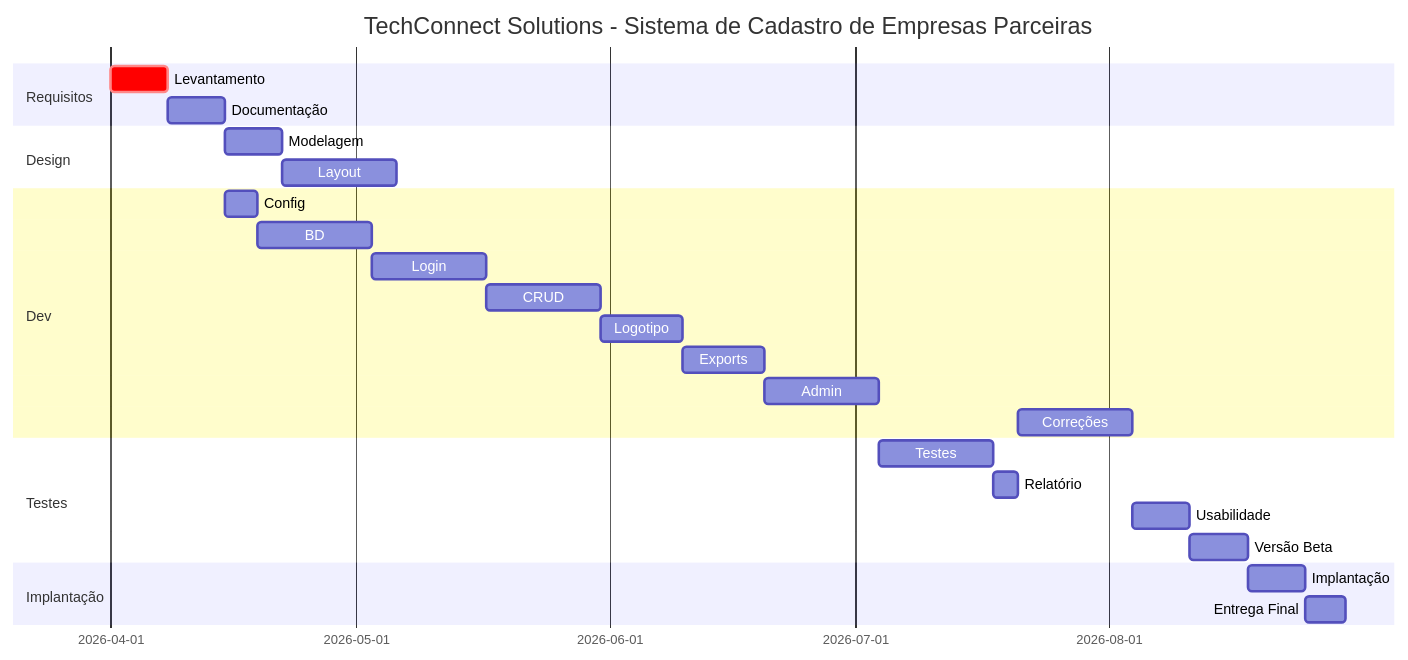
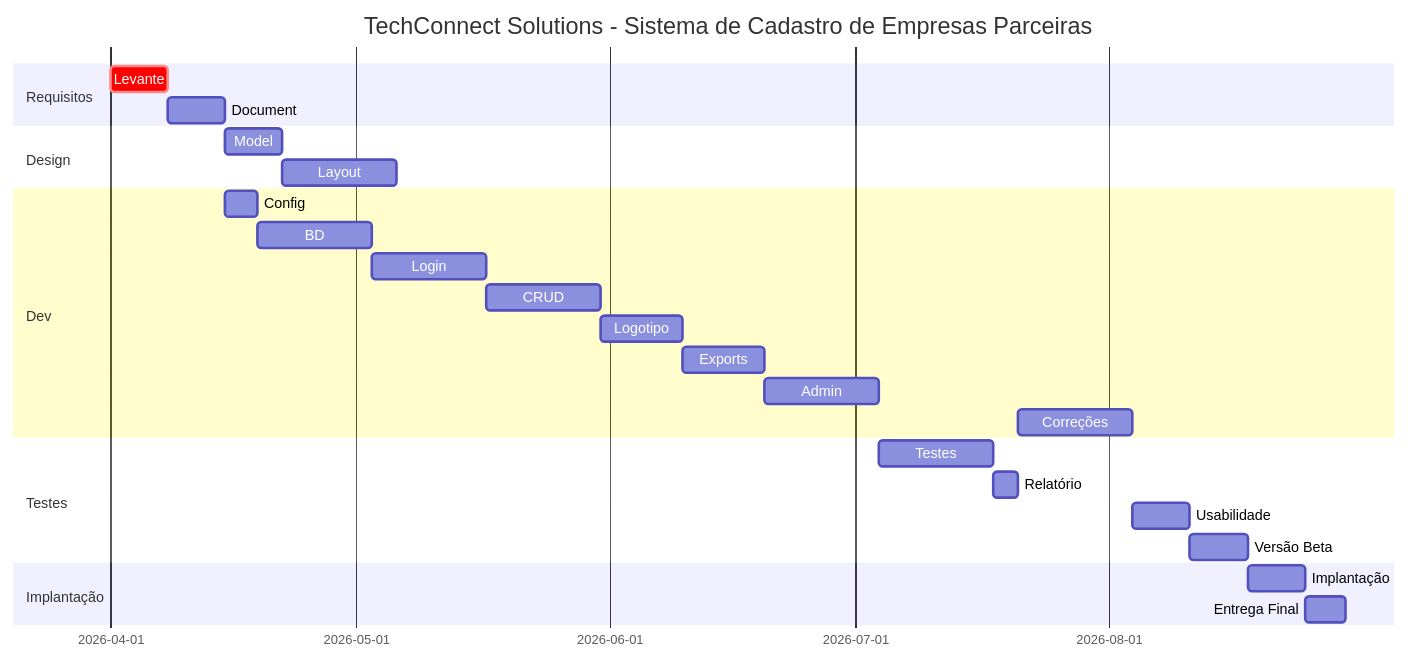
Before and after one commit to MaxPichy/teste_gannt3: the diagram in ATIVIDADE1.md, drawn with Mermaid.

````diff
--- a/ATIVIDADE1.md
+++ b/ATIVIDADE1.md
@@ -1,33 +1,33 @@
 ```mermaid
 gantt
     title TechConnect Solutions - Sistema de Cadastro de Empresas Parceiras
     dateFormat YYYY-MM-DD
     
     section Requisitos
-    Levantamento               :crit, req, 2026-04-01, 7d
-    Documentação               :doc, after req, 7d
+    Levante                    :crit, req, 2026-04-01, 7d
+    Document                   :doc, after req, 7d
     
     section Design
-    Modelagem                   :mod, after doc, 7d
-    Layout                      :lay, after mod, 14d
+    Model                      :mod, after doc, 7d
+    Layout                     :lay, after mod, 14d
     
     section Dev
     Config                     :cfg, after doc, 4d
     BD                         :bd, after cfg, 14d
     Login                      :lgn, after bd, 14d
     CRUD                       :crd, after lgn, 14d
     Logotipo                   :lgt, after crd, 10d
     Exports                    :exp, after lgt, 10d
     Admin                      :adm, after exp, 14d
     Correções                  :cor, after rel, 14d
     
     section Testes
     Testes                      :tst, after adm, 14d
     Relatório                   :rel, after tst, 3d
     Usabilidade                :usb, after cor, 7d
     Versão Beta                 :beta, after usb, 7d
     
     section Implantação
     Implantação                 :deploy, after beta, 7d
     Entrega Final               :entrega, after deploy, 5d
 ```
````
